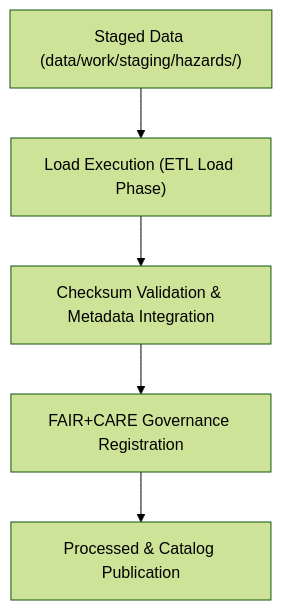
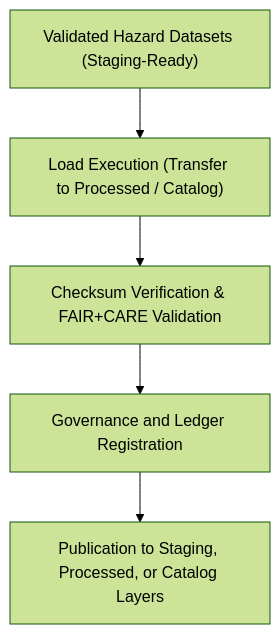
One commit to bartytime4life/Kansas-Frontier-Matrix changed the diagram in data/work/tmp/hazards/logs/etl/load/README.md. Above: the diagram before and after it, drawn with Mermaid (forest theme). The commit also changed other lines of this file, not shown here.

````diff
--- a/data/work/tmp/hazards/logs/etl/load/README.md
+++ b/data/work/tmp/hazards/logs/etl/load/README.md
@@ -70,7 +68,7 @@
 ```mermaid
 flowchart TD
-    A["Staged Data (data/work/staging/hazards/)"] --> B["Load Execution (ETL Load Phase)"]
-    B --> C["Checksum Validation & Metadata Integration"]
-    C --> D["FAIR+CARE Governance Registration"]
-    D --> E["Processed & Catalog Publication"]
+    A["Validated Hazard Datasets (Staging-Ready)"] --> B["Load Execution (Transfer to Processed / Catalog)"]
+    B --> C["Checksum Verification & FAIR+CARE Validation"]
+    C --> D["Governance and Ledger Registration"]
+    D --> E["Publication to Staging, Processed, or Catalog Layers"]
 ```
````
